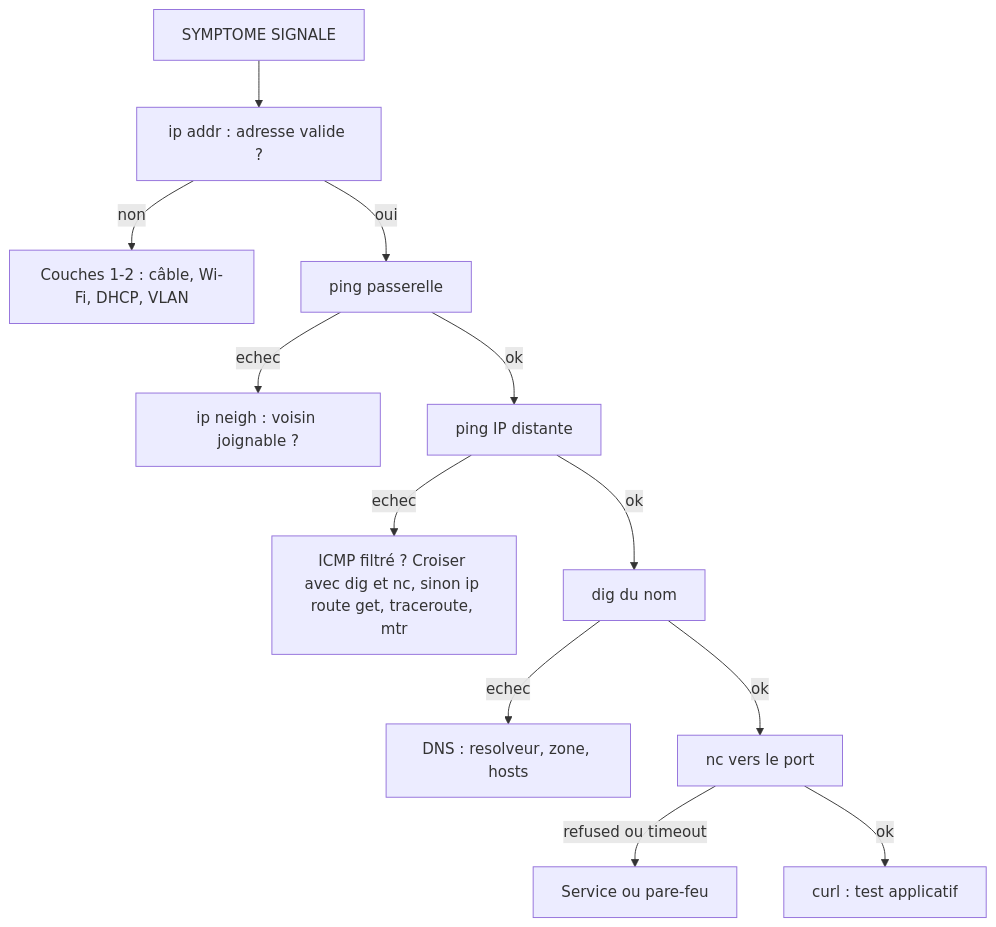
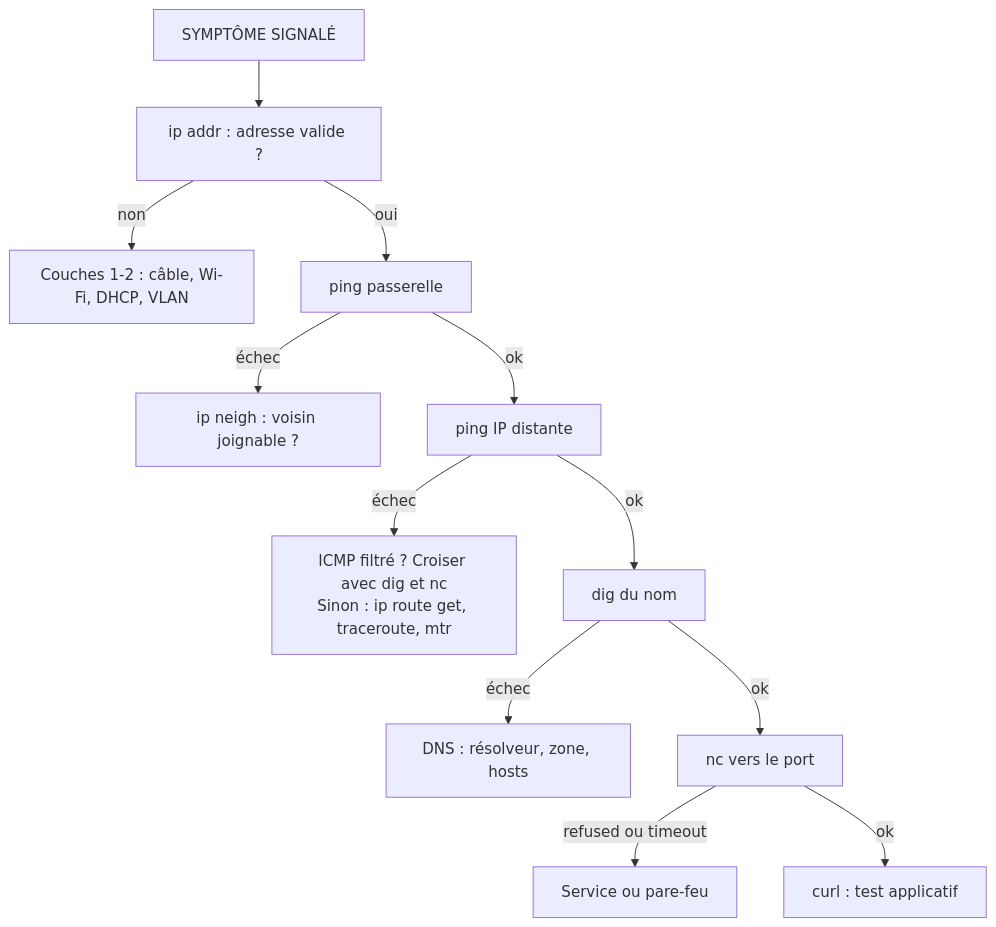
Before and after one commit to Gooseppr/GevOps_LC: the diagram in courses/reseaux-cybersecurite/09_outils_diagnostic_reseau.md, drawn with Mermaid. The commit also changed 56 other files, not shown here.

````diff
--- a/courses/reseaux-cybersecurite/09_outils_diagnostic_reseau.md
+++ b/courses/reseaux-cybersecurite/09_outils_diagnostic_reseau.md
@@ -379,14 +379,14 @@
 ```mermaid
 flowchart TD
-    A["SYMPTOME SIGNALE"] --> B["ip addr : adresse valide ?"]
+    A["SYMPTÔME SIGNALÉ"] --> B["ip addr : adresse valide ?"]
     B -->|non| B1["Couches 1-2 : câble, Wi-Fi, DHCP, VLAN"]
     B -->|oui| C["ping passerelle"]
-    C -->|echec| C1["ip neigh : voisin joignable ?"]
+    C -->|échec| C1["ip neigh : voisin joignable ?"]
     C -->|ok| D["ping IP distante"]
-    D -->|echec| D1["ICMP filtré ? Croiser avec dig et nc, sinon ip route get, traceroute, mtr"]
+    D -->|échec| D1["ICMP filtré ? Croiser avec dig et nc<br/>Sinon : ip route get, traceroute, mtr"]
     D -->|ok| E["dig du nom"]
-    E -->|echec| E1["DNS : resolveur, zone, hosts"]
+    E -->|échec| E1["DNS : résolveur, zone, hosts"]
     E -->|ok| F["nc vers le port"]
     F -->|refused ou timeout| F1["Service ou pare-feu"]
     F -->|ok| G["curl : test applicatif"]
 ```
````
